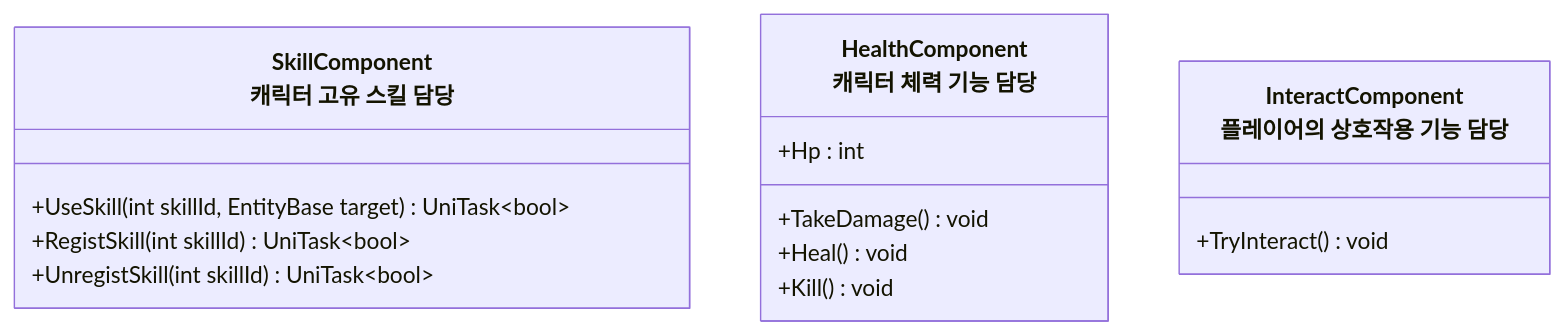
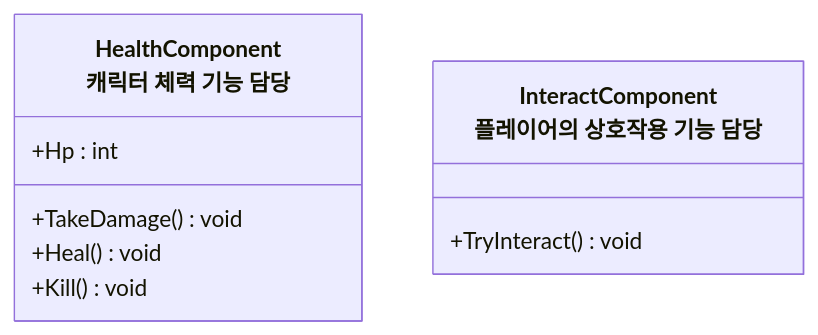
The third of 6 diagrams in README/Entity_설계.md (JIN5EOK/DungeonShooter), drawn with Mermaid before and after one commit. The commit also changed other lines of this file and 18 other files, not shown here.

````diff
--- a/README/Entity_설계.md
+++ b/README/Entity_설계.md
@@ -42,17 +36,12 @@
 ```mermaid
 classDiagram
-    class SkillComponent["SkillComponent<br>캐릭터 고유 스킬 담당"]{
-        +UseSkill(int skillId, EntityBase target) UniTask~bool~
-        +RegistSkill(int skillId) UniTask~bool~
-        +UnregistSkill(int skillId) UniTask~bool~
-    }
     class HealthComponent["HealthComponent<br>캐릭터 체력 기능 담당"]{ 
         +Hp : int
         +TakeDamage() void
         +Heal() void
         +Kill() void
     }
     class InteractComponent["InteractComponent<br>플레이어의 상호작용 기능 담당"]{ 
         +TryInteract() void
     }
 ```
````
